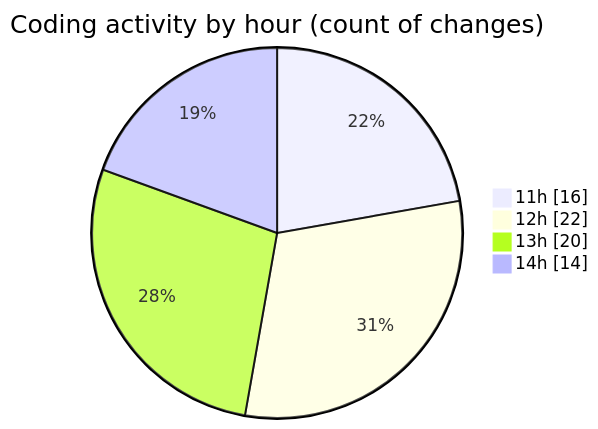
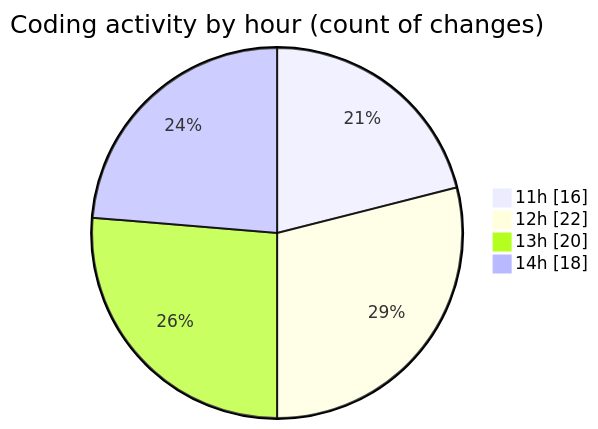
One commit to donsfak/code-tracking changed the second of 2 diagrams in 2025-03-25/wordle/README.md. Above: the diagram before and after it, drawn with Mermaid. The commit also changed other lines of this file and 1 other file, not shown here.

````diff
--- a/2025-03-25/wordle/README.md
+++ b/2025-03-25/wordle/README.md
@@ -35,8 +36,8 @@
 ```mermaid
 pie showData
 title Coding activity by hour (count of changes)
 "11h" : 16
 "12h" : 22
 "13h" : 20
-"14h" : 14
+"14h" : 18
 ```
````
